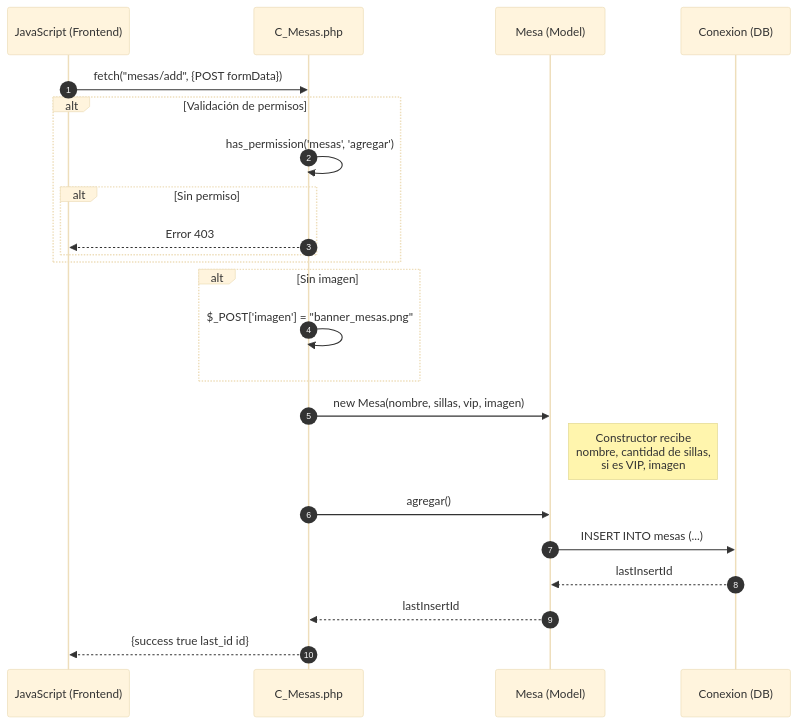
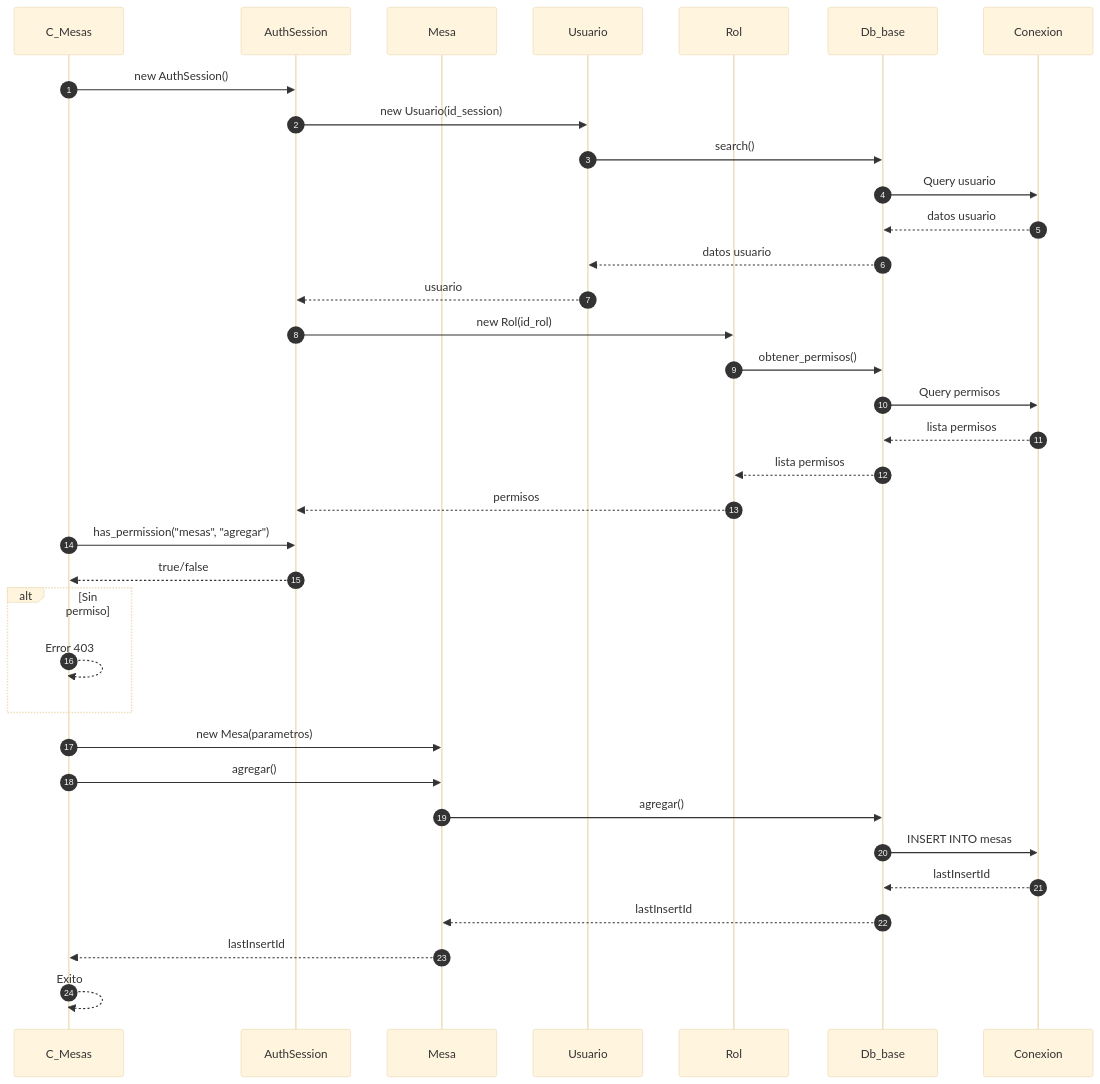
The first of 5 diagrams in docs/secuencia/mesas/mesas.md (Tecrato/BurgerHouse), drawn with Mermaid (base theme) before and after one commit. The commit also changed other lines of this file and 13 other files, not shown here.

First line of the commit message:
diagramas actualizaos

````diff
--- a/docs/secuencia/mesas/mesas.md
+++ b/docs/secuencia/mesas/mesas.md
@@ -5,31 +5,43 @@
 ```mermaid
 sequenceDiagram
     autonumber
-    participant JS as JavaScript (Frontend)
-    participant C_Mesas as C_Mesas.php
-    participant Mesa as Mesa (Model)
-    participant DB as Conexion (DB)
+    participant C_Mesas as C_Mesas
+    participant AuthSession as AuthSession
+    participant Mesa as Mesa
+    participant Usuario as Usuario
+    participant Rol as Rol
+    participant Db_base as Db_base
+    participant Conexion as Conexion
     
-    JS->>C_Mesas: fetch("mesas/add", {POST formData})
+    C_Mesas->>AuthSession: new AuthSession()
+    AuthSession->>Usuario: new Usuario(id_session)
+    Usuario->>Db_base: search()
+    Db_base->>Conexion: Query usuario
+    Conexion-->>Db_base: datos usuario
+    Db_base-->>Usuario: datos usuario
+    Usuario-->>AuthSession: usuario
     
-    alt Validación de permisos
-        C_Mesas->>C_Mesas: has_permission('mesas', 'agregar')
-        alt Sin permiso
-            C_Mesas-->>JS: Error 403
-        end
+    AuthSession->>Rol: new Rol(id_rol)
+    Rol->>Db_base: obtener_permisos()
+    Db_base->>Conexion: Query permisos
+    Conexion-->>Db_base: lista permisos
+    Db_base-->>Rol: lista permisos
+    Rol-->>AuthSession: permisos
+    
+    C_Mesas->>AuthSession: has_permission("mesas", "agregar")
+    AuthSession-->>C_Mesas: true/false
+    
+    alt Sin permiso
+        C_Mesas-->>C_Mesas: Error 403
     end
     
-    alt Sin imagen
-        C_Mesas->>C_Mesas: $_POST['imagen'] = "banner_mesas.png"
-    end
-    
-    C_Mesas->>Mesa: new Mesa(nombre, sillas, vip, imagen)
-    Note right of Mesa: Constructor recibe<br/>nombre, cantidad de sillas,<br/>si es VIP, imagen
-    
+    C_Mesas->>Mesa: new Mesa(parametros)
     C_Mesas->>Mesa: agregar()
-    Mesa->>DB: INSERT INTO mesas (...)
-    DB-->>Mesa: lastInsertId
+    Mesa->>Db_base: agregar()
+    Db_base->>Conexion: INSERT INTO mesas
+    Conexion-->>Db_base: lastInsertId
+    Db_base-->>Mesa: lastInsertId
     Mesa-->>C_Mesas: lastInsertId
     
-    C_Mesas-->>JS: {success true last_id id}
+    C_Mesas-->>C_Mesas: Exito
 ```
````
